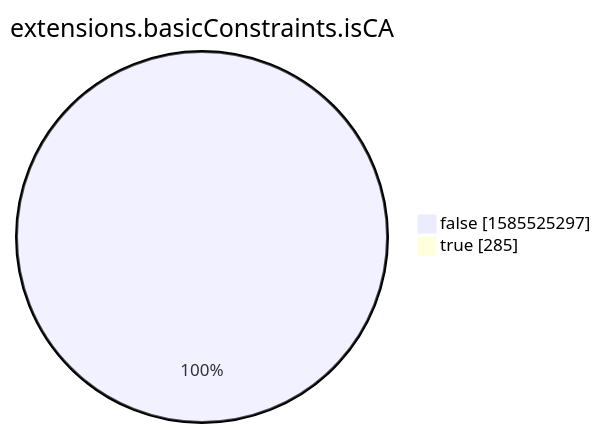
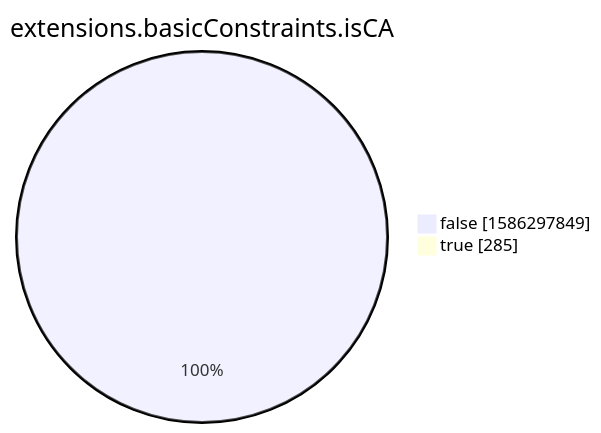
Before and after one commit to christiankrug/ctmonitor_visualization: the eighth of 15 diagrams in xenon2022/README.md, drawn with Mermaid. The commit also changed other lines of this file, not shown here.

````diff
--- a/xenon2022/README.md
+++ b/xenon2022/README.md
@@ -2862,6 +2862,6 @@
 ```mermaid
 pie showData
 title extensions.basicConstraints.isCA
-"false" :1585525297
+"false" :1586297849
 "true" :285
 ```
````
